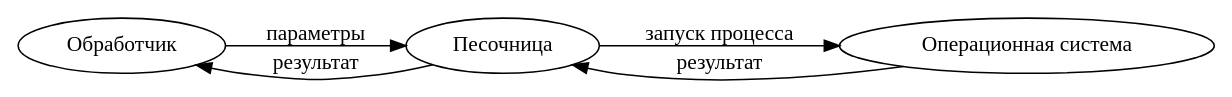
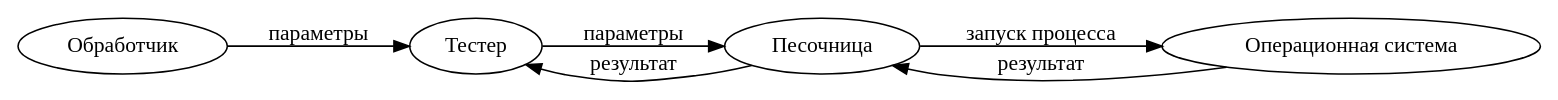
Before and after one commit to sarum9in/diploma_thesis: the diagram in yandexcontestinvoker.dot, drawn with Graphviz. The commit also changed 1 other file, not shown here.

```diff
--- a/yandexcontestinvoker.dot
+++ b/yandexcontestinvoker.dot
@@ -1,13 +1,15 @@
 digraph sandbox
 {
     rankdir="LR";
 
     worker[label="Обработчик"];
+    tester[label="Тестер"];
     sandbox[label="Песочница"];
     os[label="Операционная система"];
 
-    worker->sandbox[label="параметры"];
+    worker->tester[label="параметры"];
+    tester->sandbox[label="параметры"];
     sandbox->os[label="запуск процесса"];
     sandbox->os[label="результат",dir=back];
-    worker->sandbox[label="результат",dir=back];
+    tester->sandbox[label="результат",dir=back];
 }
```
